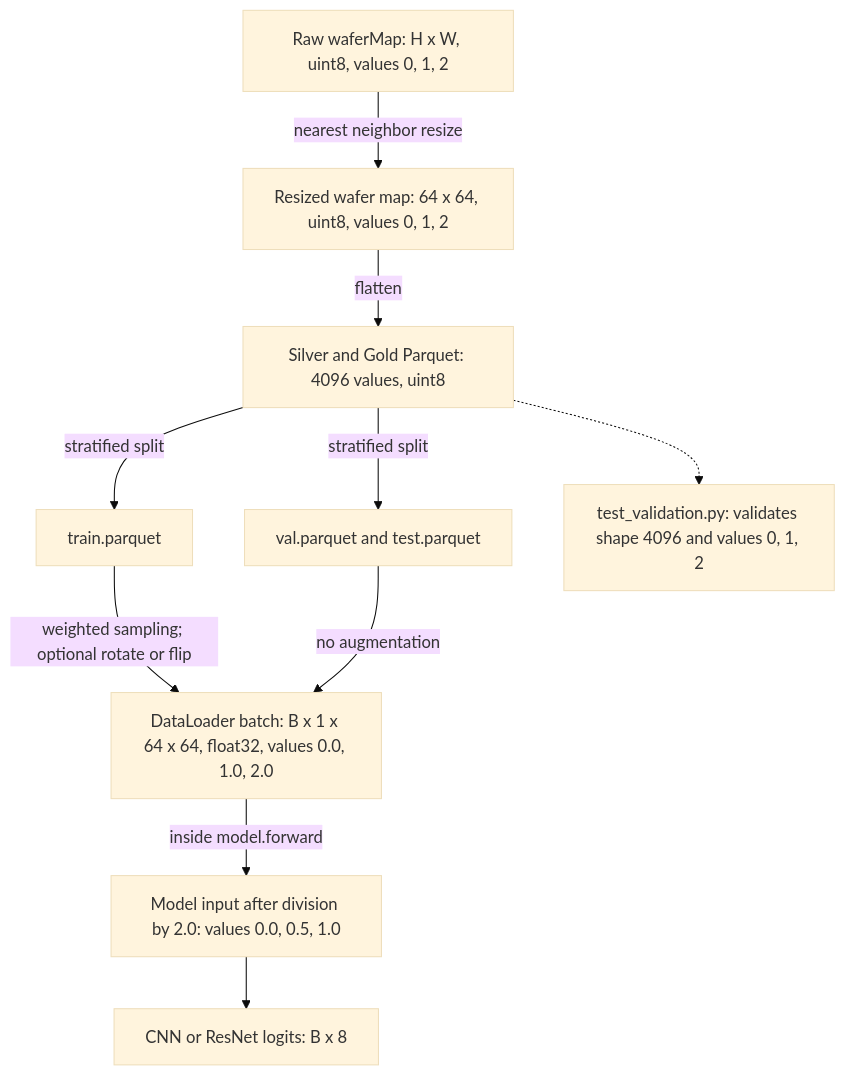
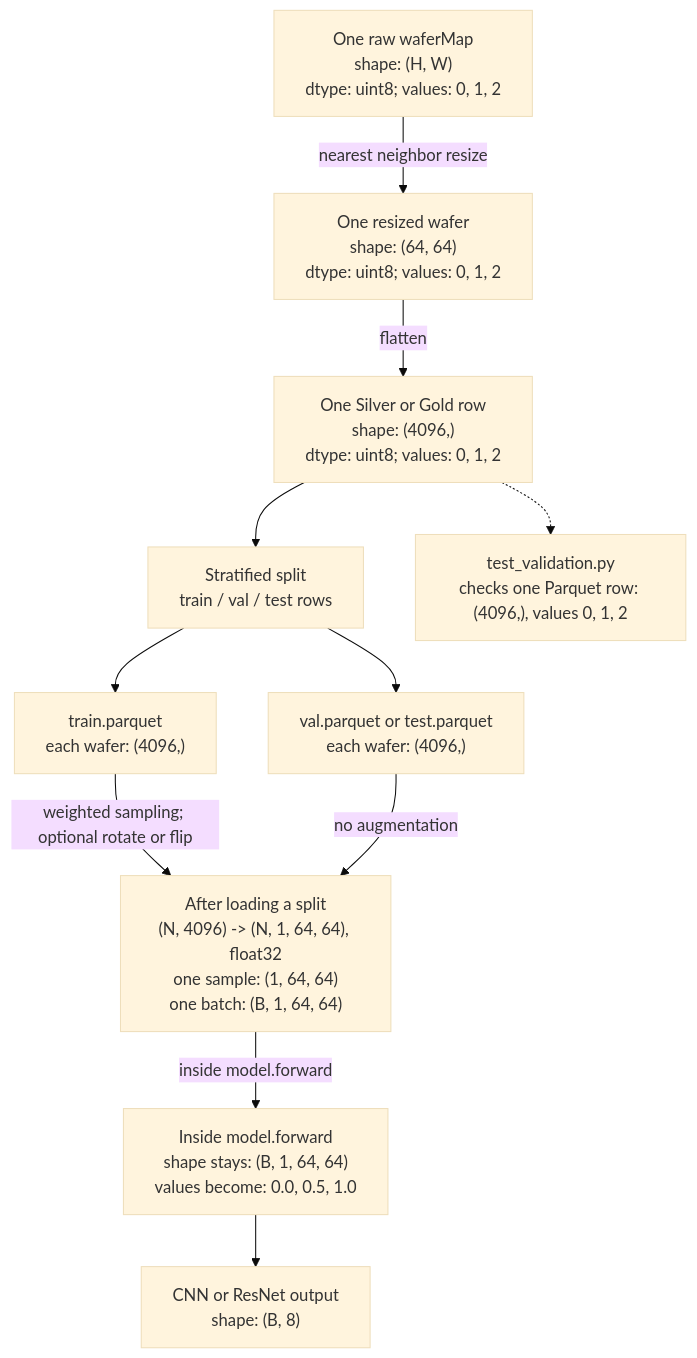
Before and after one commit to pqtrng/wm811k-defect-detection: the diagram in docs/data-flow.md, drawn with Mermaid (base theme). The commit also changed other lines of this file, not shown here.

Commit message:
docs: clarify tensor shapes in data flow

````diff
--- a/docs/data-flow.md
+++ b/docs/data-flow.md
@@ -3,22 +5,24 @@
 ```mermaid
 flowchart TD
-    RAW["Raw waferMap: H x W, uint8, values 0, 1, 2"]
-    RESIZED["Resized wafer map: 64 x 64, uint8, values 0, 1, 2"]
-    PARQUET["Silver and Gold Parquet: 4096 values, uint8"]
-    TRAIN["train.parquet"]
-    EVAL["val.parquet and test.parquet"]
-    LOADER["DataLoader batch: B x 1 x 64 x 64, float32, values 0.0, 1.0, 2.0"]
-    MODEL["Model input after division by 2.0: values 0.0, 0.5, 1.0"]
-    LOGITS["CNN or ResNet logits: B x 8"]
-    VALIDATION["test_validation.py: validates shape 4096 and values 0, 1, 2"]
+    RAW["One raw waferMap<br/>shape: (H, W)<br/>dtype: uint8; values: 0, 1, 2"]
+    RESIZED["One resized wafer<br/>shape: (64, 64)<br/>dtype: uint8; values: 0, 1, 2"]
+    PARQUET["One Silver or Gold row<br/>shape: (4096,)<br/>dtype: uint8; values: 0, 1, 2"]
+    SPLIT["Stratified split<br/>train / val / test rows"]
+    TRAIN["train.parquet<br/>each wafer: (4096,)"]
+    EVAL["val.parquet or test.parquet<br/>each wafer: (4096,)"]
+    LOADER["After loading a split<br/>(N, 4096) -> (N, 1, 64, 64), float32<br/>one sample: (1, 64, 64)<br/>one batch: (B, 1, 64, 64)"]
+    MODEL["Inside model.forward<br/>shape stays: (B, 1, 64, 64)<br/>values become: 0.0, 0.5, 1.0"]
+    LOGITS["CNN or ResNet output<br/>shape: (B, 8)"]
+    VALIDATION["test_validation.py<br/>checks one Parquet row: (4096,), values 0, 1, 2"]
 
     RAW -->|"nearest neighbor resize"| RESIZED
     RESIZED -->|"flatten"| PARQUET
-    PARQUET -->|"stratified split"| TRAIN
-    PARQUET -->|"stratified split"| EVAL
+    PARQUET --> SPLIT
+    SPLIT --> TRAIN
+    SPLIT --> EVAL
     TRAIN -->|"weighted sampling; optional rotate or flip"| LOADER
     EVAL -->|"no augmentation"| LOADER
     LOADER -->|"inside model.forward"| MODEL
     MODEL --> LOGITS
     PARQUET -.-> VALIDATION
 ```
````
